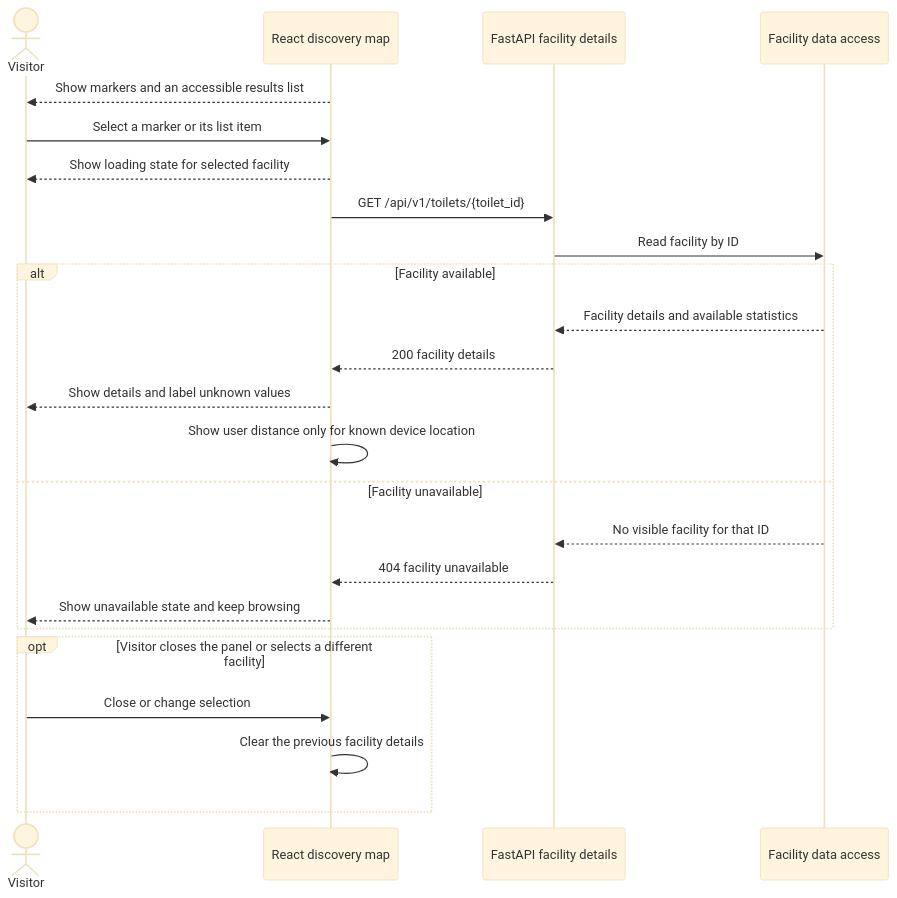
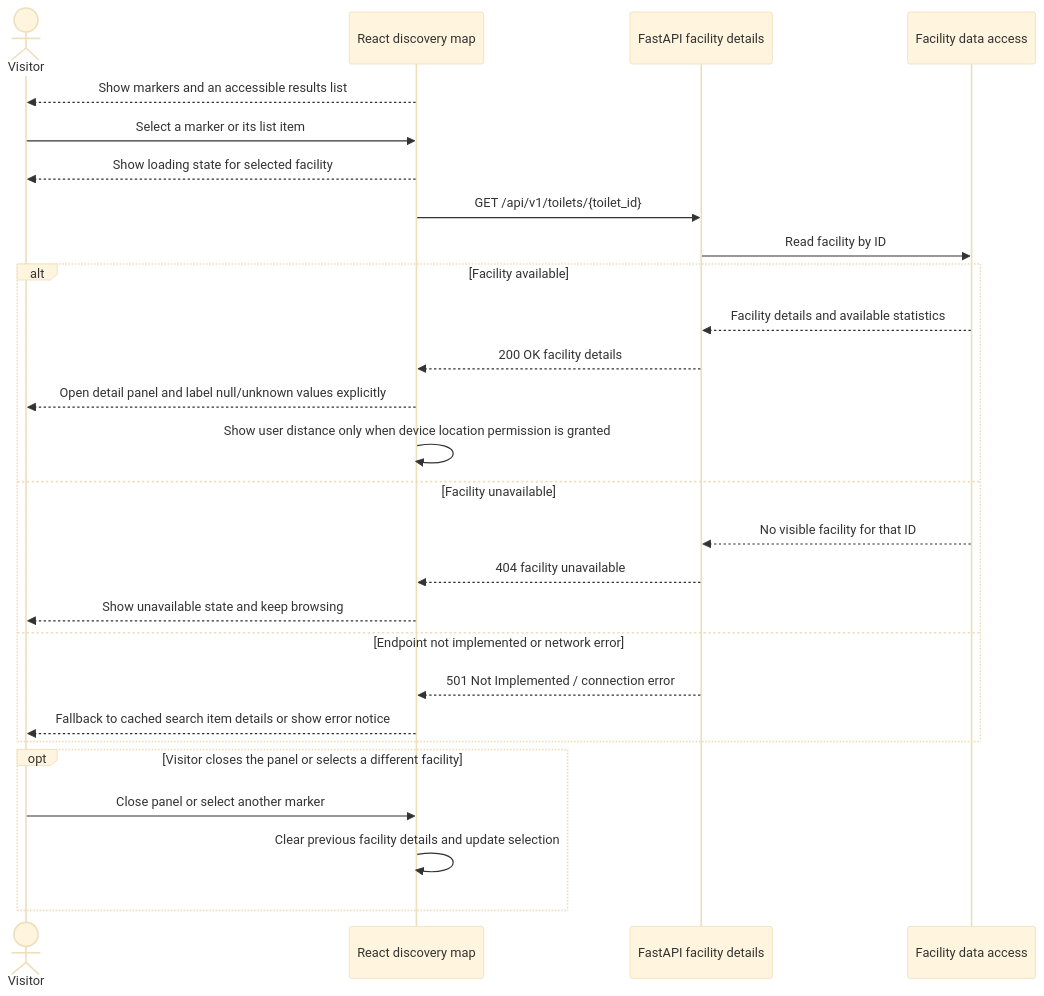
The diagram in docs/design/sequence/map-details.md (akcedia/SmartLoo), drawn with Mermaid (base theme) before and after one commit. The commit also changed other lines of this file and 23 other files, not shown here.

````diff
--- a/docs/design/sequence/map-details.md
+++ b/docs/design/sequence/map-details.md
@@ -5,27 +5,30 @@
 ```mermaid
 sequenceDiagram
     actor Visitor
     participant Map as React discovery map
     participant API as FastAPI facility details
     participant Store as Facility data access
 
     Map-->>Visitor: Show markers and an accessible results list
     Visitor->>Map: Select a marker or its list item
     Map-->>Visitor: Show loading state for selected facility
     Map->>API: GET /api/v1/toilets/{toilet_id}
     API->>Store: Read facility by ID
     alt Facility available
         Store-->>API: Facility details and available statistics
-        API-->>Map: 200 facility details
-        Map-->>Visitor: Show details and label unknown values
-        Map->>Map: Show user distance only for known device location
+        API-->>Map: 200 OK facility details
+        Map-->>Visitor: Open detail panel and label null/unknown values explicitly
+        Map->>Map: Show user distance only when device location permission is granted
     else Facility unavailable
         Store-->>API: No visible facility for that ID
         API-->>Map: 404 facility unavailable
         Map-->>Visitor: Show unavailable state and keep browsing
+    else Endpoint not implemented or network error
+        API-->>Map: 501 Not Implemented / connection error
+        Map-->>Visitor: Fallback to cached search item details or show error notice
     end
     opt Visitor closes the panel or selects a different facility
-        Visitor->>Map: Close or change selection
-        Map->>Map: Clear the previous facility details
+        Visitor->>Map: Close panel or select another marker
+        Map->>Map: Clear previous facility details and update selection
     end
 ```
````
